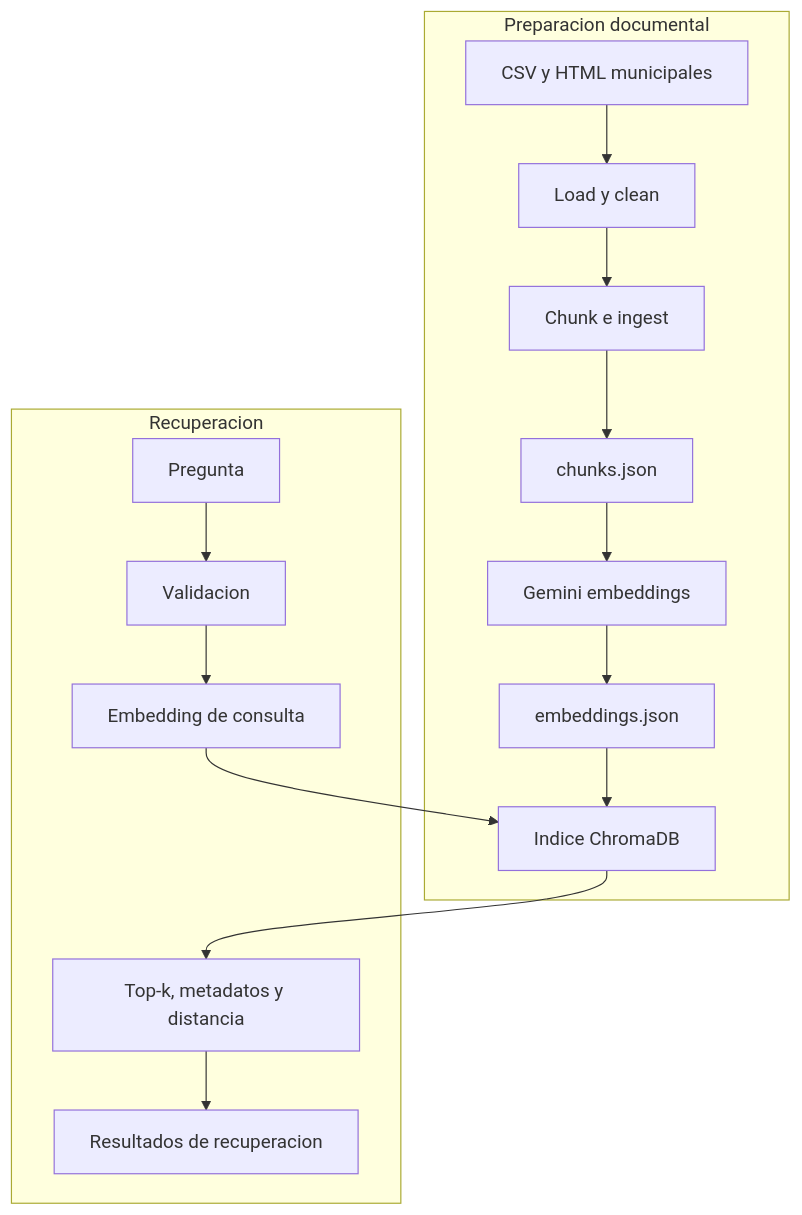
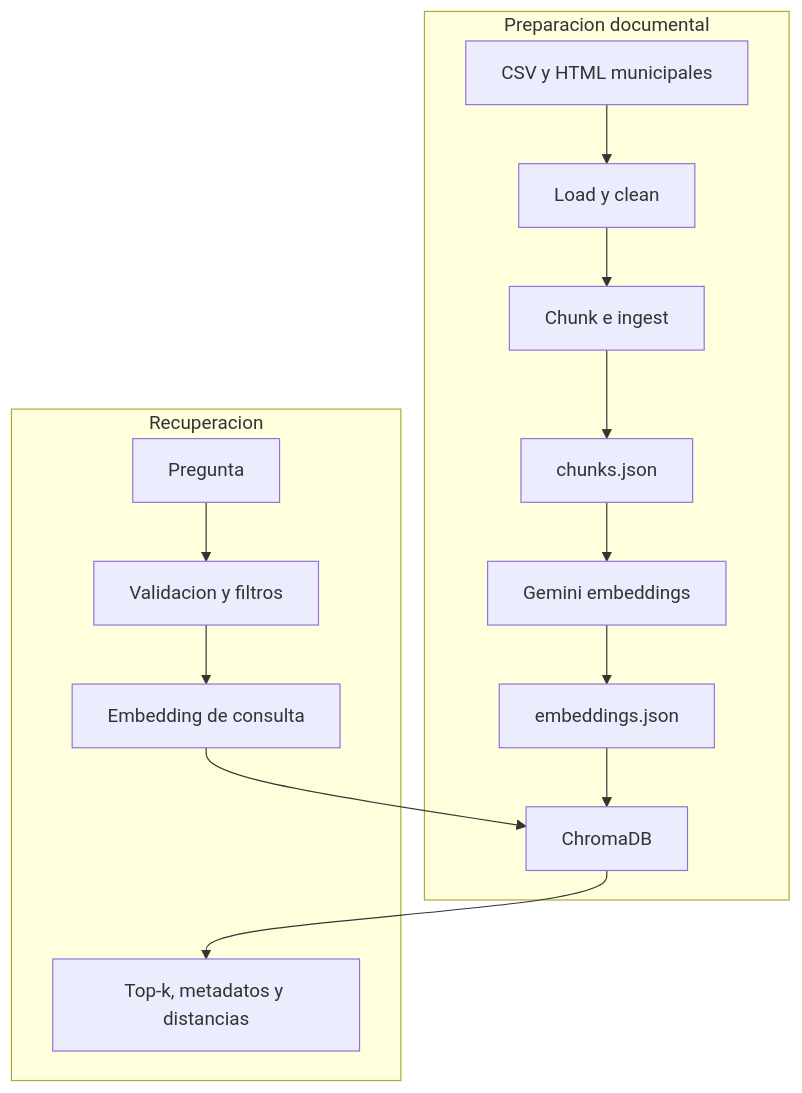
The diagram in specs/01-retrieval.md (alex-bometon/pb03_equipo18), drawn with Mermaid before and after one commit. The commit also changed other lines of this file and 6 other files, not shown here.

````diff
--- a/specs/01-retrieval.md
+++ b/specs/01-retrieval.md
@@ -29,19 +13,18 @@
 ```mermaid
 flowchart TD
     subgraph Preparacion documental
         A[CSV y HTML municipales] --> B[Load y clean]
         B --> C[Chunk e ingest]
         C --> D[chunks.json]
         D --> E[Gemini embeddings]
         E --> F[embeddings.json]
-        F --> G[Indice ChromaDB]
+        F --> G[ChromaDB]
     end
 
     subgraph Recuperacion
-        Q[Pregunta] --> V[Validacion]
+        Q[Pregunta] --> V[Validacion y filtros]
         V --> EQ[Embedding de consulta]
         EQ --> G
-        G --> K[Top-k, metadatos y distancia]
-        K --> R[Resultados de recuperacion]
+        G --> R[Top-k, metadatos y distancias]
     end
 ```
````
